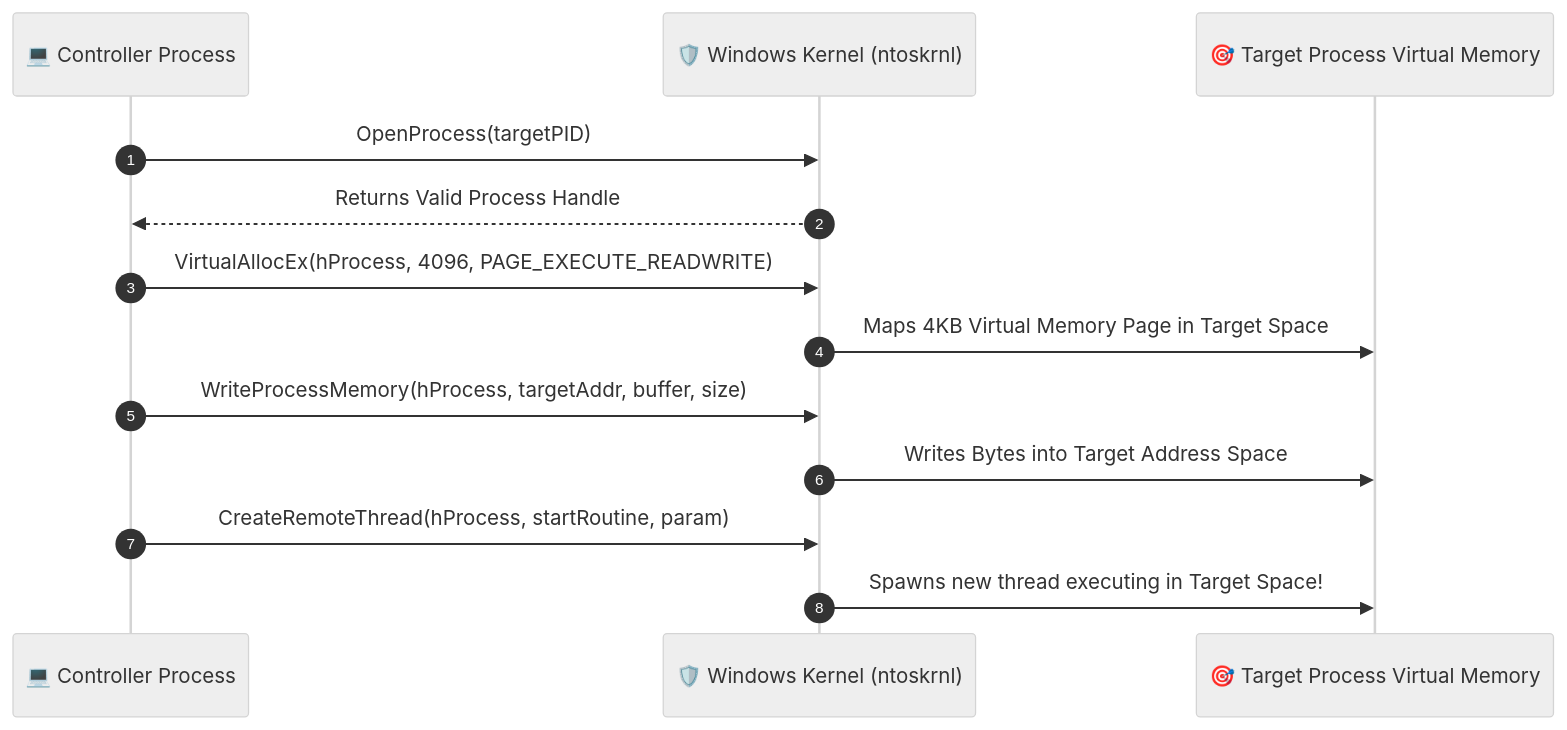
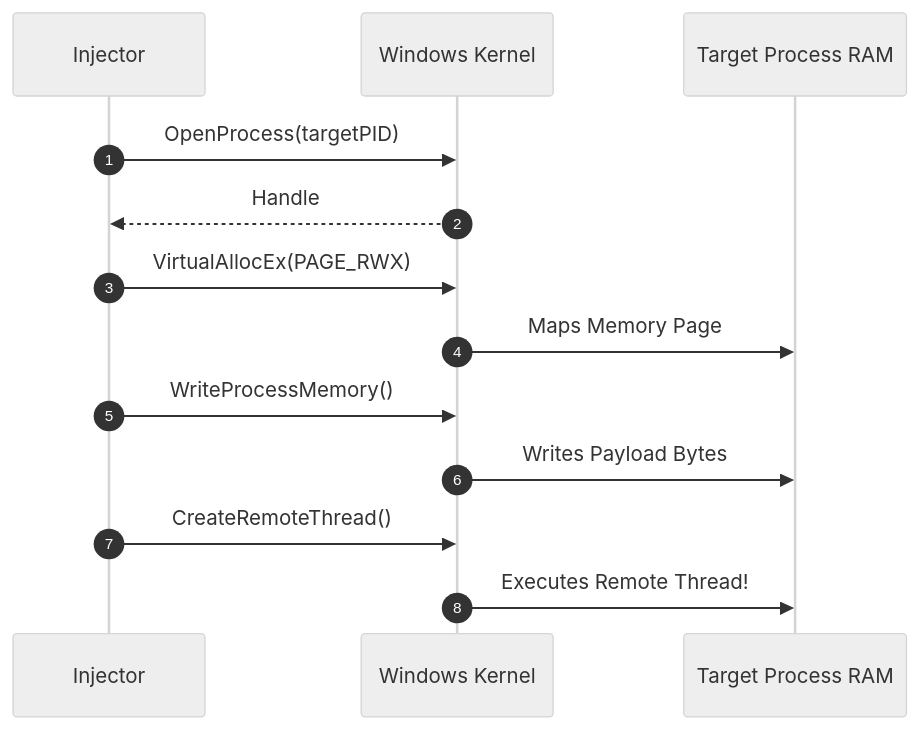
The first of 6 diagrams in topics/18-process-manipulation-and-hooking-mechanics/README.md (DaddyZyn/Cyber-security-notes), drawn with Mermaid (neutral theme) before and after one commit. The commit also changed other lines of this file and 19 other files, not shown here.

Commit message:
fix: overhaul all Mermaid diagrams with clean vertical layouts and short line-wrapping to prevent GitHub clipping

````diff
--- a/topics/18-process-manipulation-and-hooking-mechanics/README.md
+++ b/topics/18-process-manipulation-and-hooking-mechanics/README.md
@@ -39,16 +39,16 @@
 ```mermaid
 sequenceDiagram
     autonumber
-    participant App as 💻 Controller Process
-    participant Kernel as 🛡️ Windows Kernel (ntoskrnl)
-    participant Target as 🎯 Target Process Virtual Memory
+    participant App as Injector
+    participant Kernel as Windows Kernel
+    participant Target as Target Process RAM
 
     App->>Kernel: OpenProcess(targetPID)
-    Kernel-->>App: Returns Valid Process Handle
-    App->>Kernel: VirtualAllocEx(hProcess, 4096, PAGE_EXECUTE_READWRITE)
-    Kernel->>Target: Maps 4KB Virtual Memory Page in Target Space
-    App->>Kernel: WriteProcessMemory(hProcess, targetAddr, buffer, size)
-    Kernel->>Target: Writes Bytes into Target Address Space
-    App->>Kernel: CreateRemoteThread(hProcess, startRoutine, param)
-    Kernel->>Target: Spawns new thread executing in Target Space!
+    Kernel-->>App: Handle
+    App->>Kernel: VirtualAllocEx(PAGE_RWX)
+    Kernel->>Target: Maps Memory Page
+    App->>Kernel: WriteProcessMemory()
+    Kernel->>Target: Writes Payload Bytes
+    App->>Kernel: CreateRemoteThread()
+    Kernel->>Target: Executes Remote Thread!
 ```
````
